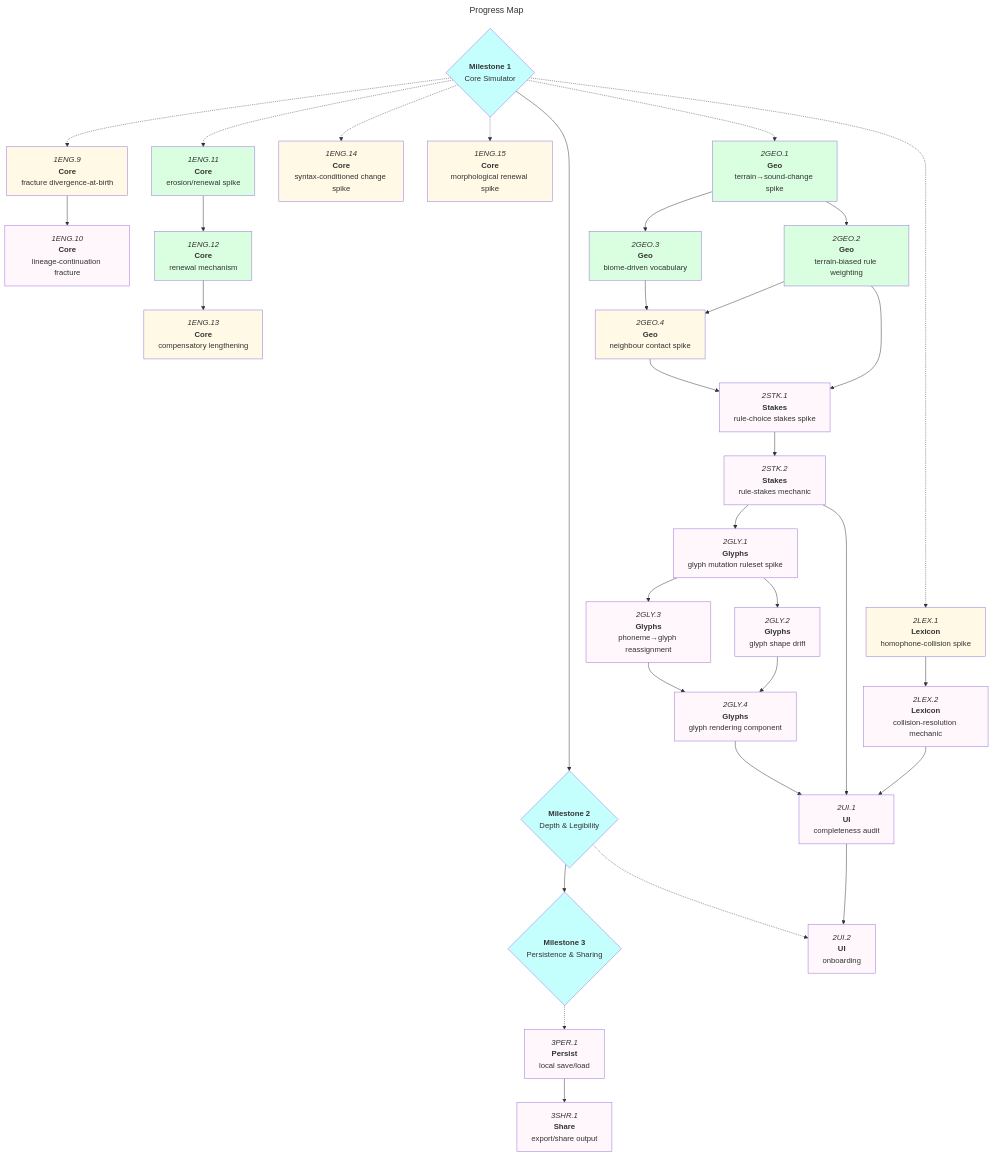
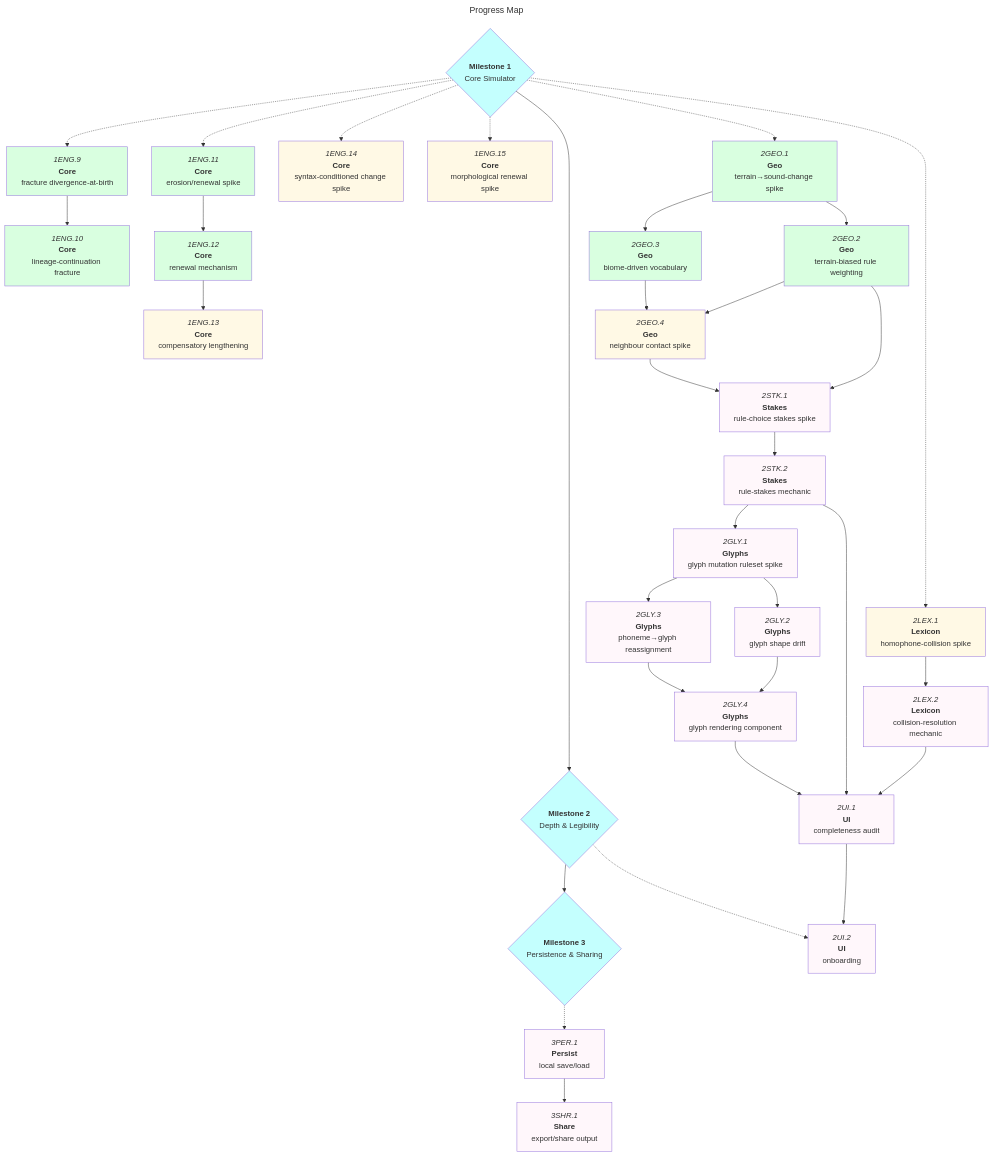
Before and after one commit to JasonWarrenUK/the-tongue: the diagram in docs/roadmaps/mvp.md, drawn with Mermaid. The commit also changed other lines of this file and 10 other files, not shown here.

````diff
--- a/docs/roadmaps/mvp.md
+++ b/docs/roadmaps/mvp.md
@@ -109,76 +110,76 @@
 ```mermaid
 ---
 title: Progress Map
 ---
 graph TD
 
 m1{"`**Milestone 1**<br/>Core Simulator`"}:::mile
 m2{"`**Milestone 2**<br/>Depth & Legibility`"}:::mile
 m3{"`**Milestone 3**<br/>Persistence & Sharing`"}:::mile
 
 m1 --> m2
 m2 --> m3
 
-1ENG9["`*1ENG.9*<br/>**Core**<br/>fracture divergence-at-birth`"]:::open
-1ENG10["`*1ENG.10*<br/>**Core**<br/>lineage-continuation fracture`"]
+1ENG9["`*1ENG.9*<br/>**Core**<br/>fracture divergence-at-birth`"]:::done
+1ENG10["`*1ENG.10*<br/>**Core**<br/>lineage-continuation fracture`"]:::done
 1ENG11["`*1ENG.11*<br/>**Core**<br/>erosion/renewal spike`"]:::done
 1ENG12["`*1ENG.12*<br/>**Core**<br/>renewal mechanism`"]:::done
 1ENG13["`*1ENG.13*<br/>**Core**<br/>compensatory lengthening`"]:::open
 1ENG14["`*1ENG.14*<br/>**Core**<br/>syntax-conditioned change spike`"]:::open
 1ENG15["`*1ENG.15*<br/>**Core**<br/>morphological renewal spike`"]:::open
 
 2GEO.1["`*2GEO.1*<br/>**Geo**<br/>terrain→sound-change spike`"]:::done
 2GEO.2["`*2GEO.2*<br/>**Geo**<br/>terrain-biased rule weighting`"]:::done
 2GEO.3["`*2GEO.3*<br/>**Geo**<br/>biome-driven vocabulary`"]:::done
 2GEO.4["`*2GEO.4*<br/>**Geo**<br/>neighbour contact spike`"]:::open
 2STK.1["`*2STK.1*<br/>**Stakes**<br/>rule-choice stakes spike`"]
 2STK.2["`*2STK.2*<br/>**Stakes**<br/>rule-stakes mechanic`"]
 2GLY.1["`*2GLY.1*<br/>**Glyphs**<br/>glyph mutation ruleset spike`"]
 2GLY.2["`*2GLY.2*<br/>**Glyphs**<br/>glyph shape drift`"]
 2GLY.3["`*2GLY.3*<br/>**Glyphs**<br/>phoneme→glyph reassignment`"]
 2GLY.4["`*2GLY.4*<br/>**Glyphs**<br/>glyph rendering component`"]
 2LEX1["`*2LEX.1*<br/>**Lexicon**<br/>homophone-collision spike`"]:::open
 2LEX2["`*2LEX.2*<br/>**Lexicon**<br/>collision-resolution mechanic`"]
 2UI.1["`*2UI.1*<br/>**UI**<br/>completeness audit`"]
 2UI.2["`*2UI.2*<br/>**UI**<br/>onboarding`"]
 
 3PER.1["`*3PER.1*<br/>**Persist**<br/>local save/load`"]
 3SHR.1["`*3SHR.1*<br/>**Share**<br/>export/share output`"]
 
 1ENG9 --> 1ENG10
 1ENG11 --> 1ENG12
 1ENG12 --> 1ENG13
 
 2GEO.1 --> 2GEO.2
 2GEO.1 --> 2GEO.3
 2GEO.2 --> 2GEO.4
 2GEO.3 --> 2GEO.4
 2GEO.2 --> 2STK.1
 2GEO.4 --> 2STK.1
 2STK.1 --> 2STK.2
 2STK.2 --> 2GLY.1
 2GLY.1 --> 2GLY.2
 2GLY.1 --> 2GLY.3
 2GLY.2 --> 2GLY.4
 2GLY.3 --> 2GLY.4
 2LEX1 --> 2LEX2
 2LEX2 --> 2UI.1
 2STK.2 --> 2UI.1
 2GLY.4 --> 2UI.1
 2UI.1 --> 2UI.2
 3PER.1 --> 3SHR.1
 
 m1 -.-> 2GEO.1
 m1 -.-> 1ENG9
 m1 -.-> 1ENG11
 m1 -.-> 1ENG14
 m1 -.-> 1ENG15
 m1 -.-> 2LEX1
 m2 -.-> 2UI.2
 m3 -.-> 3PER.1
 
 classDef default,blocked fill:#fff7fb;
 classDef open fill:#fff9e5;
 classDef done fill:#d9ffe0;
 classDef mile fill:#c4fffe;
 ```
````
